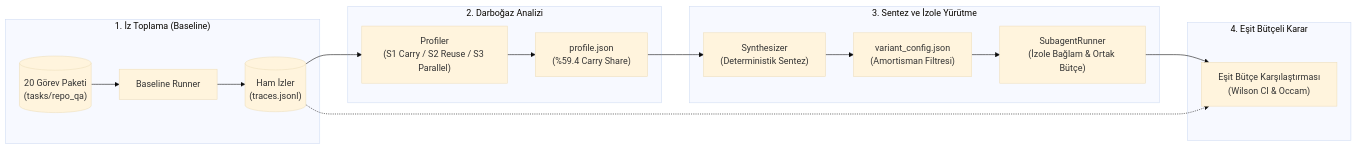
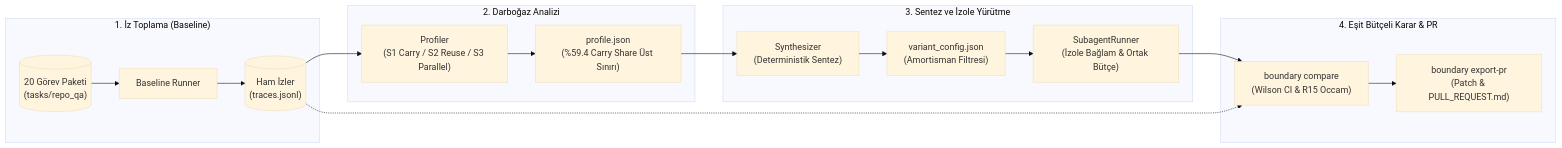
The diagram in README.md (egeyasar0/boundary), drawn with Mermaid (base theme) before and after one commit. The commit also changed other lines of this file and 2 other files, not shown here.

````diff
--- a/README.md
+++ b/README.md
@@ -75,23 +94,24 @@
 ```mermaid
 flowchart LR
     subgraph Phase1["1. İz Toplama (Baseline)"]
         Tasks[("20 Görev Paketi\n(tasks/repo_qa)")] --> Runner["Baseline Runner"]
         Runner --> Traces[("Ham İzler\n(traces.jsonl)")]
     end
 
     subgraph Phase2["2. Darboğaz Analizi"]
         Traces --> Profiler["Profiler\n(S1 Carry / S2 Reuse / S3 Parallel)"]
-        Profiler --> ProfileJSON["profile.json\n(%59.4 Carry Share)"]
+        Profiler --> ProfileJSON["profile.json\n(%59.4 Carry Share Üst Sınırı)"]
     end
 
     subgraph Phase3["3. Sentez ve İzole Yürütme"]
         ProfileJSON --> Synthesizer["Synthesizer\n(Deterministik Sentez)"]
         Synthesizer --> VariantCfg["variant_config.json\n(Amortisman Filtresi)"]
         VariantCfg --> SubagentRunner["SubagentRunner\n(İzole Bağlam & Ortak Bütçe)"]
     end
 
-    subgraph Phase4["4. Eşit Bütçeli Karar"]
-        SubagentRunner --> Eval["Eşit Bütçe Karşılaştırması\n(Wilson CI & Occam)"]
+    subgraph Phase4["4. Eşit Bütçeli Karar & PR"]
+        SubagentRunner --> Eval["boundary compare\n(Wilson CI & R15 Occam)"]
         Traces -.-> Eval
+        Eval --> ExportPR["boundary export-pr\n(Patch & PULL_REQUEST.md)"]
     end
 ```
````
